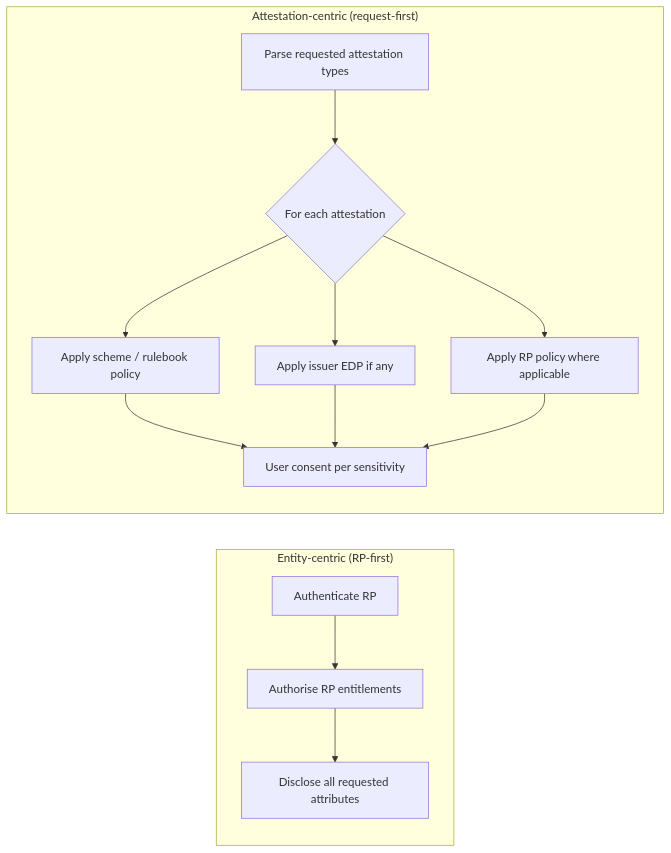
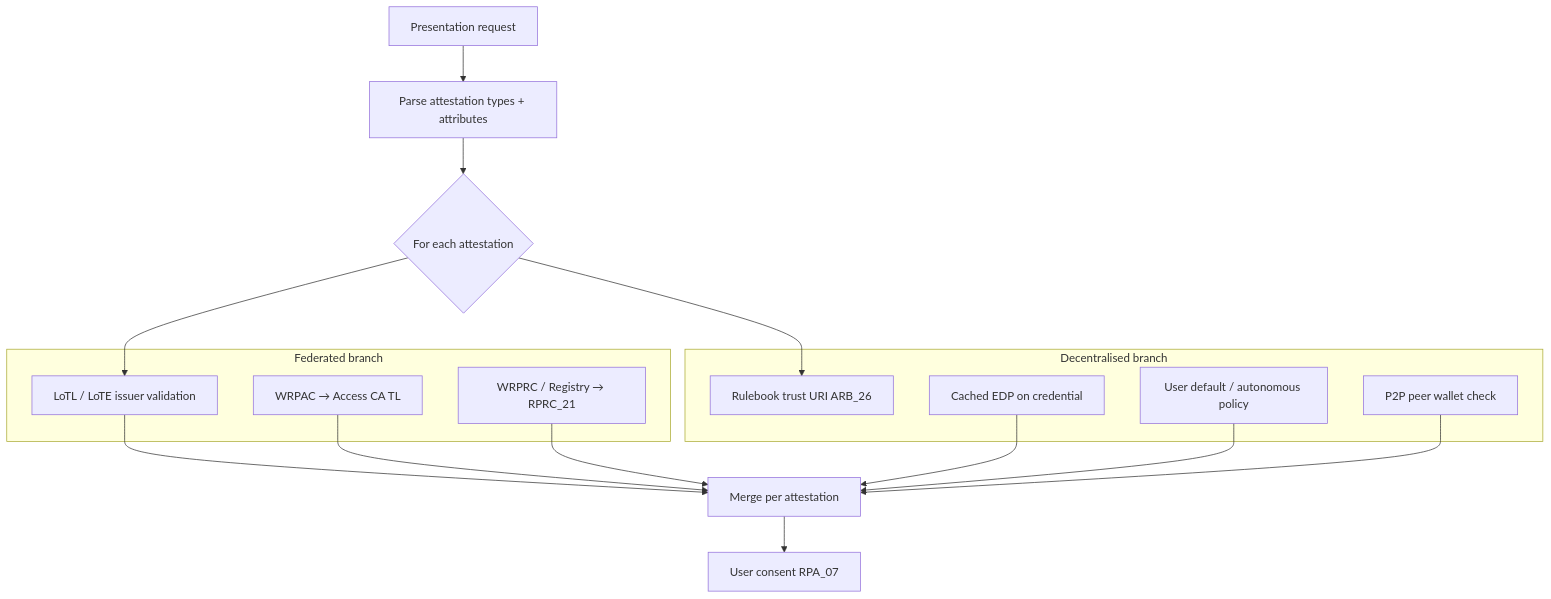
The first of 3 diagrams in task2-trust-framework/attestation-centric-trust-evaluation-p2p-technical-report.md (webuild-consortium/wp4-trust-group), drawn with Mermaid before and after one commit. The commit also changed other lines of this file and 1 other file, not shown here.

Commit message:
feat: Technical Report: Hybrid Trust Evaluation in Attestation Centric Frameworks — Federated and Decentralised Models in P2P and Multi-Scheme Flows

````diff
--- a/task2-trust-framework/attestation-centric-trust-evaluation-p2p-technical-report.md
+++ b/task2-trust-framework/attestation-centric-trust-evaluation-p2p-technical-report.md
@@ -75,17 +107,29 @@
 ```mermaid
-flowchart LR
-    subgraph legacy["Entity-centric (RP-first)"]
-        RP1[Authenticate RP] --> RP2[Authorise RP entitlements]
-        RP2 --> RP3[Disclose all requested attributes]
+flowchart TB
+    REQ[Presentation request] --> PARSE[Parse attestation types + attributes]
+
+    PARSE --> LOOP{For each attestation}
+
+    subgraph fed["Federated branch"]
+        F1[LoTL / LoTE issuer validation]
+        F2[WRPAC → Access CA TL]
+        F3[WRPRC / Registry → RPRC_21]
     end
 
-    subgraph emerging["Attestation-centric (request-first)"]
-        A1[Parse requested attestation types] --> A2{For each attestation}
-        A2 --> A3[Apply scheme / rulebook policy]
-        A2 --> A4[Apply issuer EDP if any]
-        A2 --> A5[Apply RP policy where applicable]
-        A3 --> A6[User consent per sensitivity]
-        A4 --> A6
-        A5 --> A6
+    subgraph dec["Decentralised branch"]
+        D1[Rulebook trust URI ARB_26]
+        D2[Cached EDP on credential]
+        D3[User default / autonomous policy]
+        D4[P2P peer wallet check]
     end
+
+    LOOP --> F1
+    LOOP --> D1
+    F2 --> MERGE[Merge per attestation]
+    F3 --> MERGE
+    D2 --> MERGE
+    D3 --> MERGE
+    D4 --> MERGE
+    F1 --> MERGE
+    MERGE --> CONSENT[User consent RPA_07]
 ```
````
